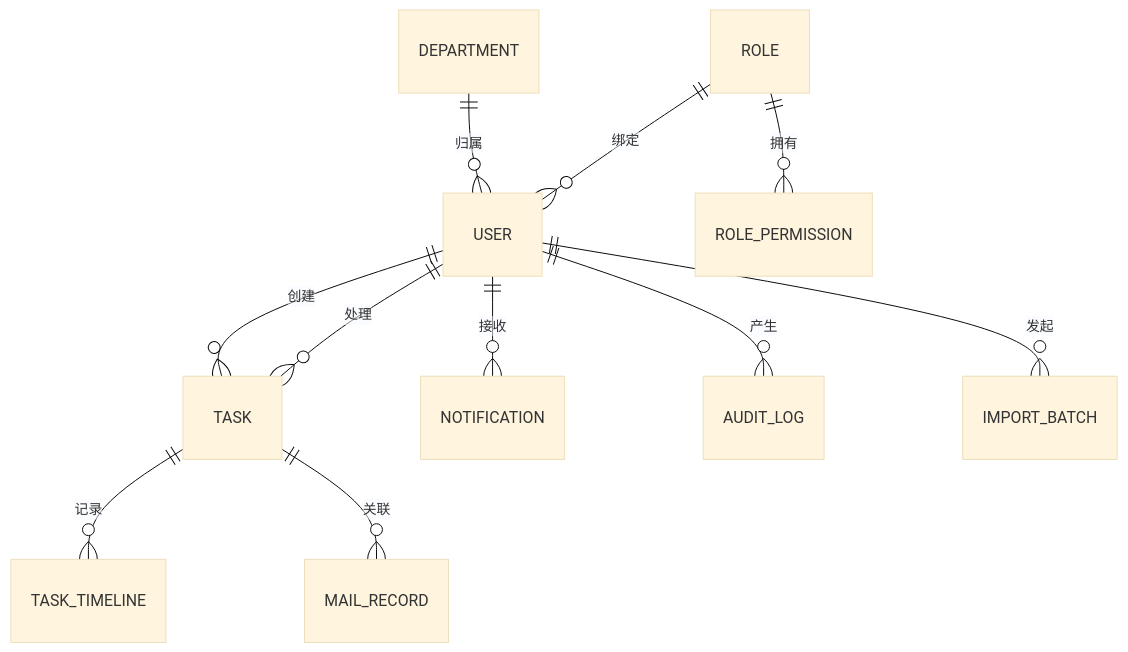
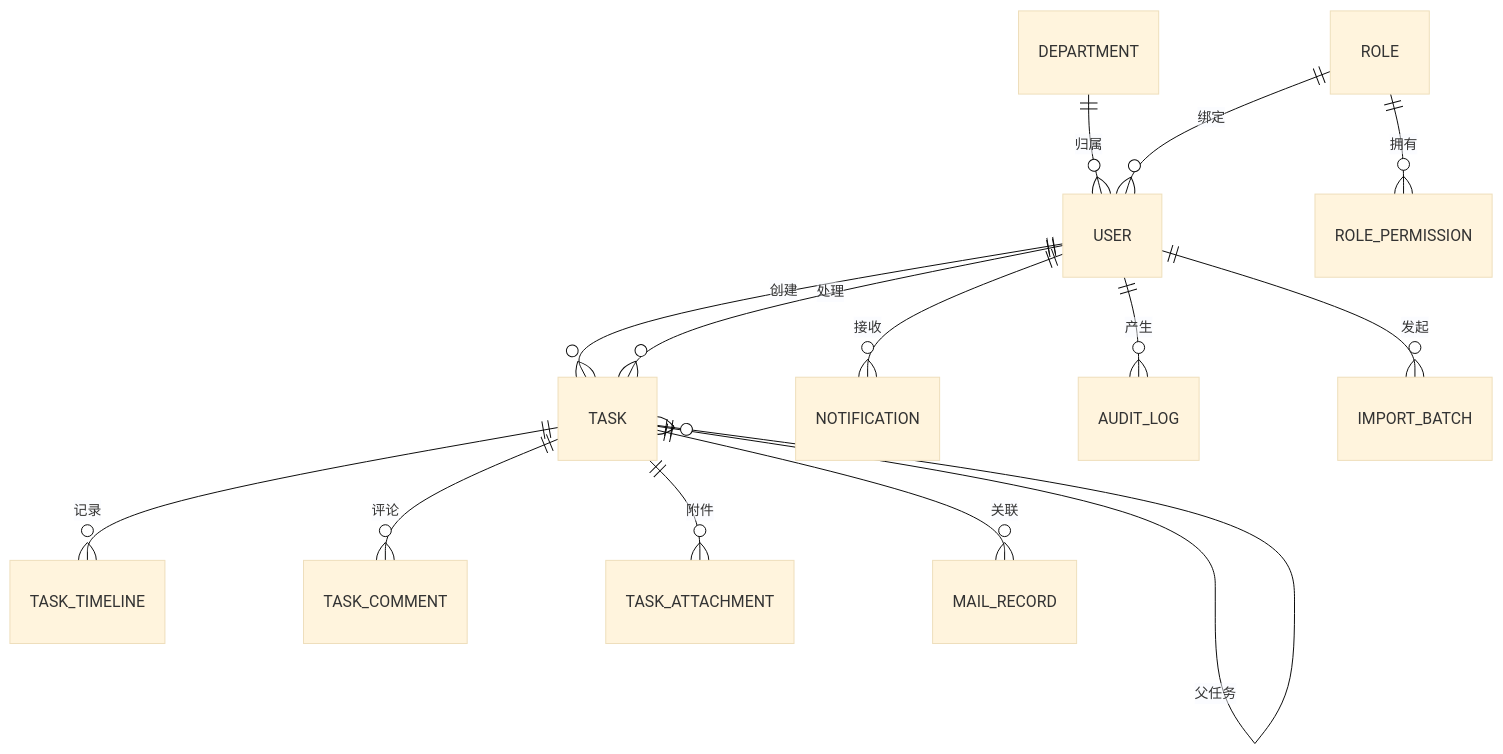
The second of 3 diagrams in docs/PRD-任务管理系统-v1.0.md (Mosslau/TaskFlow), drawn with Mermaid (base theme) before and after one commit. The commit also changed other lines of this file, not shown here.

````diff
--- a/docs/PRD-任务管理系统-v1.0.md
+++ b/docs/PRD-任务管理系统-v1.0.md
@@ -395,13 +426,16 @@
 ```mermaid
 erDiagram
     DEPARTMENT ||--o{ USER : 归属
     ROLE ||--o{ USER : 绑定
     ROLE ||--o{ ROLE_PERMISSION : 拥有
     USER ||--o{ TASK : 创建
     USER ||--o{ TASK : 处理
+    TASK ||--o{ TASK : 父任务
     TASK ||--o{ TASK_TIMELINE : 记录
+    TASK ||--o{ TASK_COMMENT : 评论
+    TASK ||--o{ TASK_ATTACHMENT : 附件
     TASK ||--o{ MAIL_RECORD : 关联
     USER ||--o{ NOTIFICATION : 接收
     USER ||--o{ AUDIT_LOG : 产生
     USER ||--o{ IMPORT_BATCH : 发起
 ```
````
